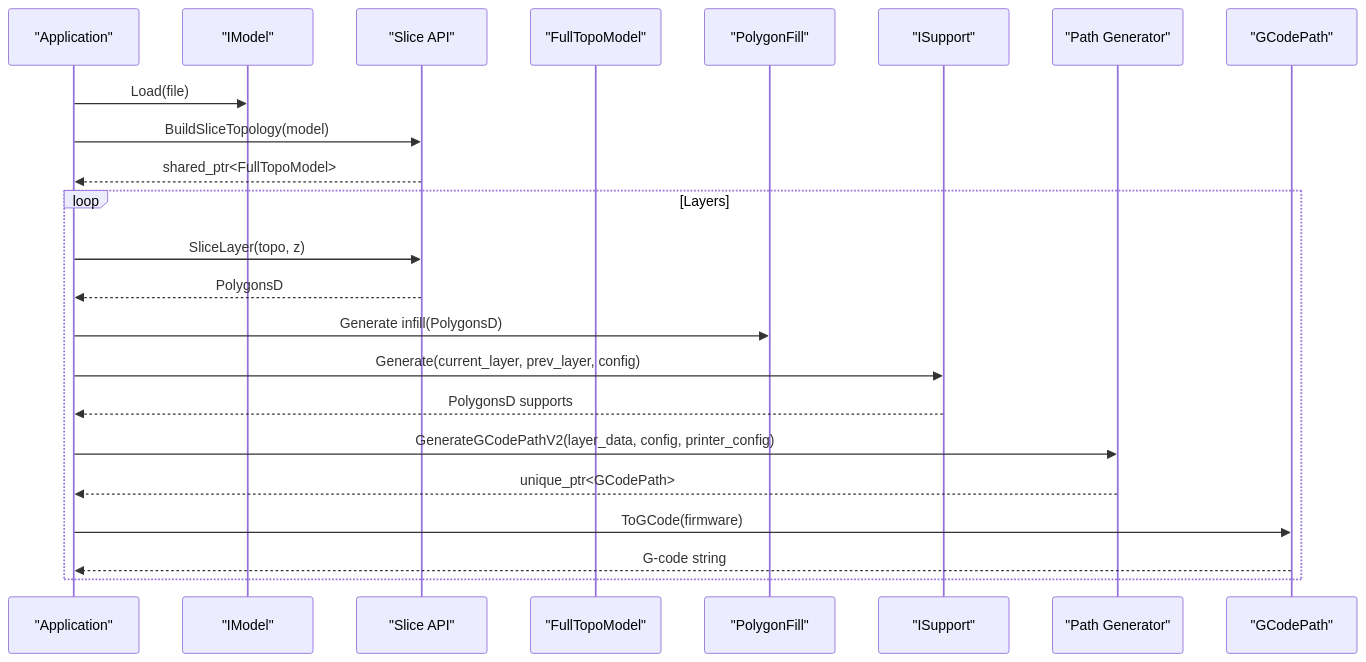
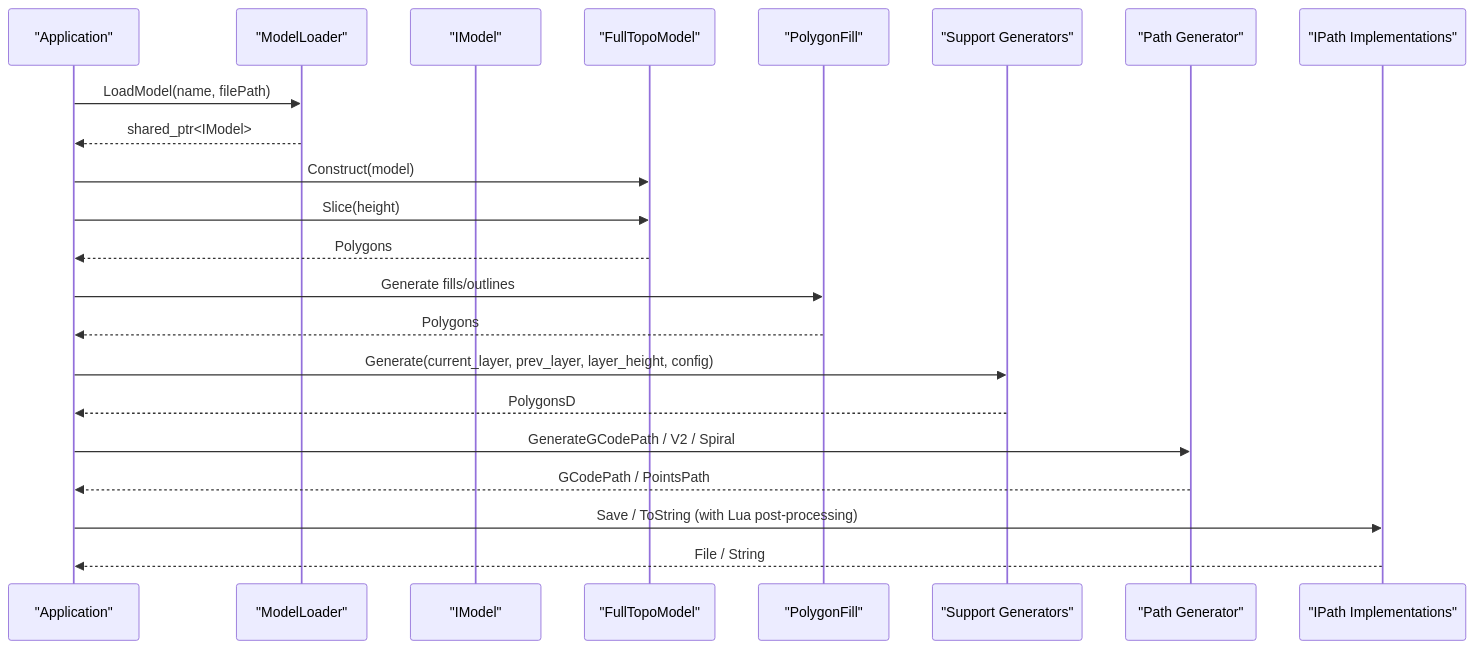
One commit to hsmbanlance/HsBaSlicer changed the second of 8 diagrams in .qoder/repowiki/en/content/Core Modules/Core Modules.md. Above: the diagram before and after it, drawn with Mermaid. The commit also changed other lines of this file and 1095 other files, not shown here.

````diff
--- a/.qoder/repowiki/en/content/Core Modules/Core Modules.md
+++ b/.qoder/repowiki/en/content/Core Modules/Core Modules.md
@@ -165,25 +131,24 @@
 ```mermaid
 sequenceDiagram
 participant App as "Application"
+participant Loader as "ModelLoader"
 participant Model as "IModel"
-participant Slice as "Slice API"
 participant Topo as "FullTopoModel"
 participant Fill as "PolygonFill"
-participant Support as "ISupport"
-participant Path as "Path Generator"
-participant GCode as "GCodePath"
-App->>Model : Load(file)
-App->>Slice : BuildSliceTopology(model)
-Slice-->>App : shared_ptr<FullTopoModel>
-loop Layers
-App->>Slice : SliceLayer(topo, z)
-Slice-->>App : PolygonsD
-App->>Fill : Generate infill(PolygonsD)
-App->>Support : Generate(current_layer, prev_layer, config)
-Support-->>App : PolygonsD supports
-App->>Path : GenerateGCodePathV2(layer_data, config, printer_config)
-Path-->>App : unique_ptr<GCodePath>
-App->>GCode : ToGCode(firmware)
-GCode-->>App : G-code string
-end
+participant Support as "Support Generators"
+participant Gen as "Path Generator"
+participant Out as "IPath Implementations"
+App->>Loader : LoadModel(name, filePath)
+Loader-->>App : shared_ptr<IModel>
+App->>Topo : Construct(model)
+App->>Topo : Slice(height)
+Topo-->>App : Polygons
+App->>Fill : Generate fills/outlines
+Fill-->>App : Polygons
+App->>Support : Generate(current_layer, prev_layer, layer_height, config)
+Support-->>App : PolygonsD
+App->>Gen : GenerateGCodePath / V2 / Spiral
+Gen-->>App : GCodePath / PointsPath
+App->>Out : Save / ToString (with Lua post-processing)
+Out-->>App : File / String
 ```
````
